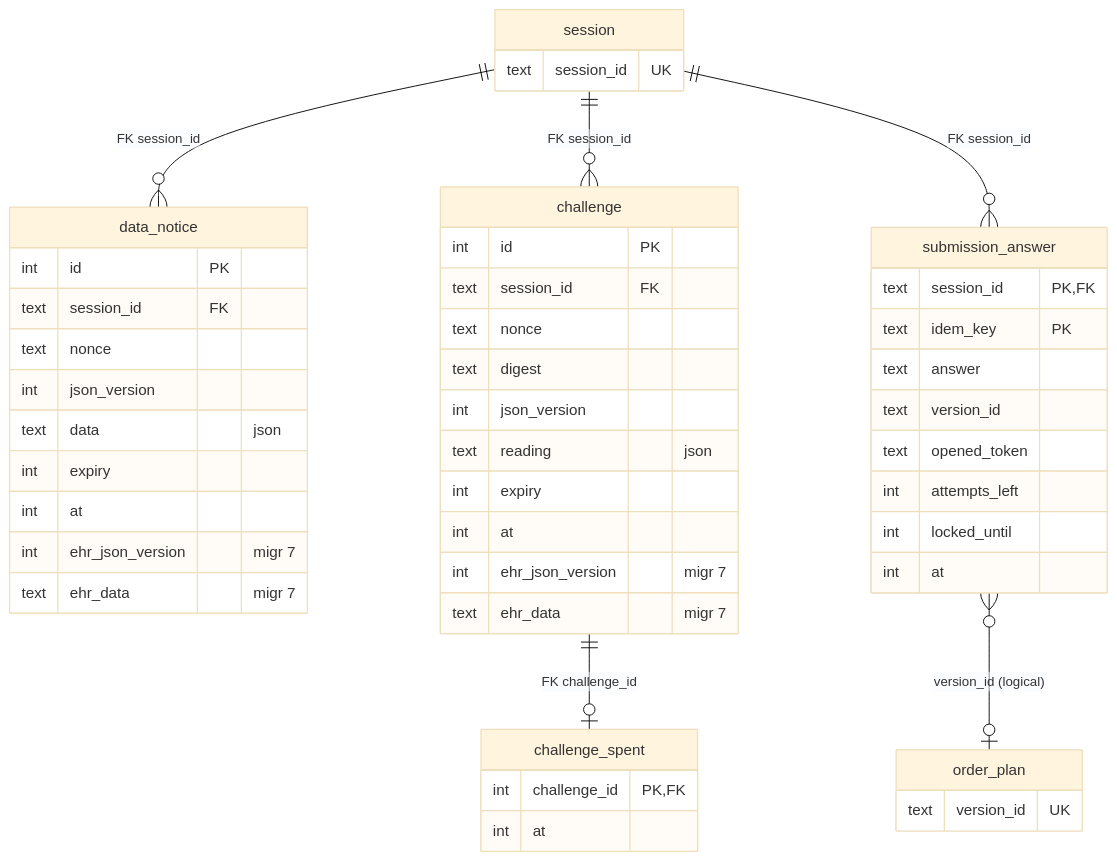
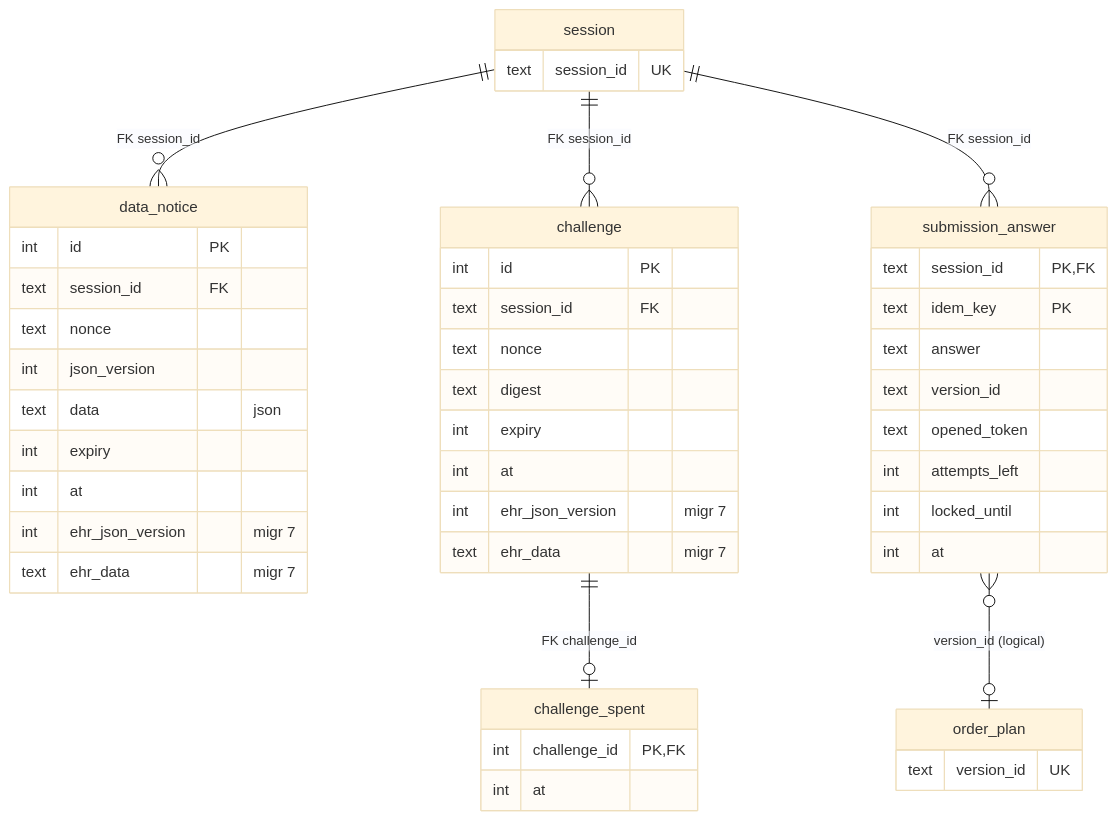
The fifth of 6 diagrams in ARCHITECTURE.md (informedica/GenPRES), drawn with Mermaid (base theme) before and after one commit. The commit also changed other lines of this file and 21 other files, not shown here.

````diff
--- a/ARCHITECTURE.md
+++ b/ARCHITECTURE.md
@@ -313,51 +312,49 @@
 ```mermaid
 erDiagram
     order_plan {
         text version_id UK
     }
     session {
         text session_id UK
     }
     data_notice {
         int id PK
         text session_id FK
         text nonce
         int json_version
         text data "json"
         int expiry
         int at
         int ehr_json_version "migr 7"
         text ehr_data "migr 7"
     }
     challenge {
         int id PK
         text session_id FK
         text nonce
         text digest
-        int json_version
-        text reading "json"
         int expiry
         int at
         int ehr_json_version "migr 7"
         text ehr_data "migr 7"
     }
     challenge_spent {
         int challenge_id PK, FK
         int at
     }
     submission_answer {
         text session_id PK, FK
         text idem_key PK
         text answer
         text version_id
         text opened_token
         int attempts_left
         int locked_until
         int at
     }
     session ||--o{ data_notice : "FK session_id"
     session ||--o{ challenge : "FK session_id"
     challenge ||--o| challenge_spent : "FK challenge_id"
     session ||--o{ submission_answer : "FK session_id"
     submission_answer }o--o| order_plan : "version_id (logical)"
 ```
````
